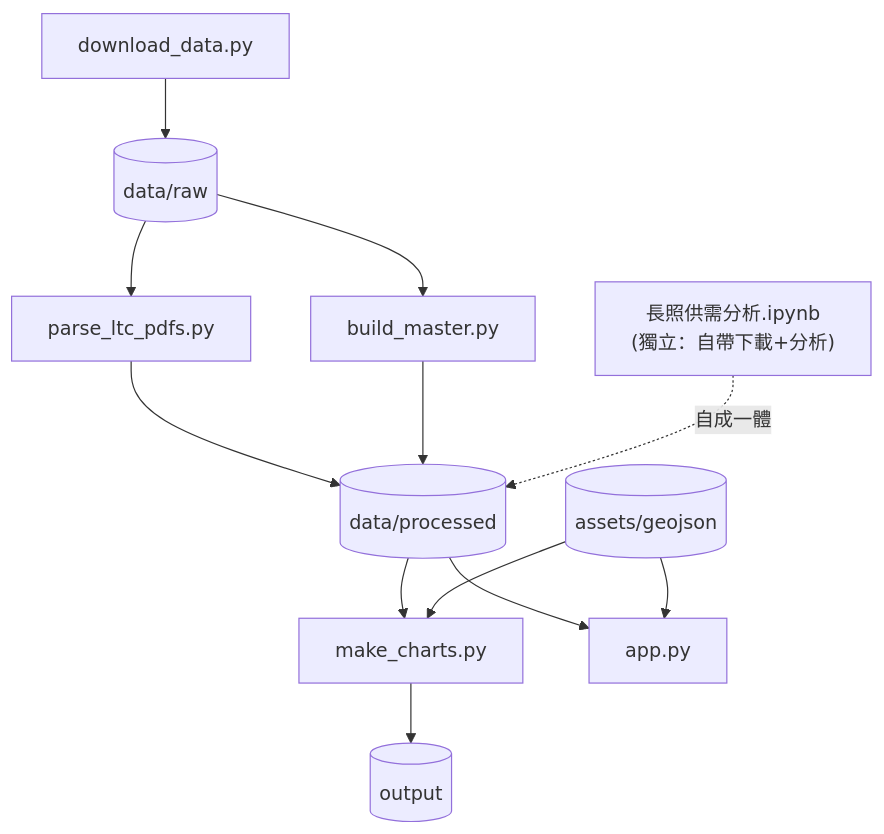
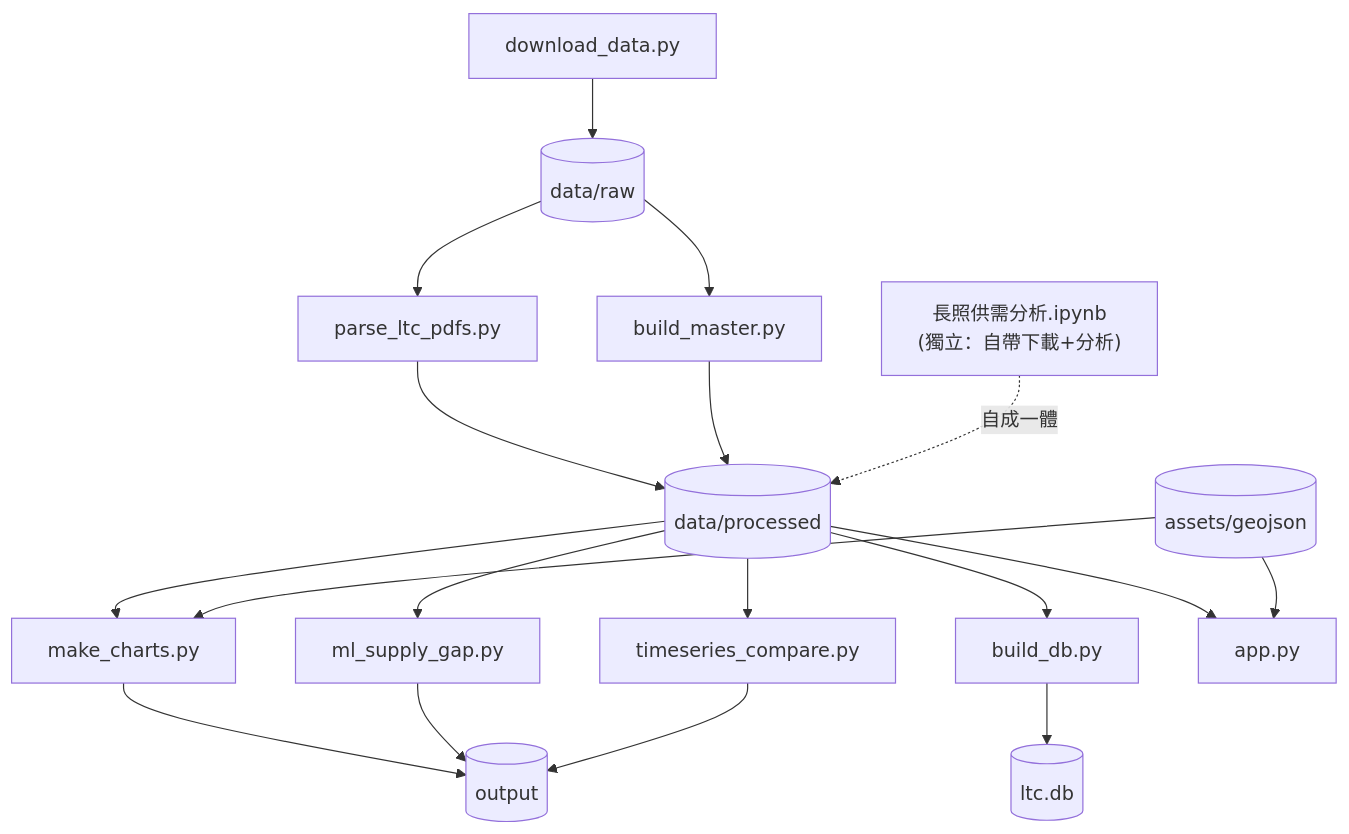
Before and after one commit to Yao-JX/ltc-dashboard: the fourth of 4 diagrams in ARCHITECTURE.md, drawn with Mermaid. The commit also changed other lines of this file and 19 other files, not shown here.

````diff
--- a/ARCHITECTURE.md
+++ b/ARCHITECTURE.md
@@ -145,13 +150,16 @@
 ```mermaid
 flowchart TD
     DD["download_data.py"] --> RAW[(data/raw)]
     RAW --> PP["parse_ltc_pdfs.py"]
     RAW --> BM["build_master.py"]
     PP --> PROC[(data/processed)]
     BM --> PROC
     PROC --> MC["make_charts.py"] --> OUT[(output)]
+    PROC --> MLs["ml_supply_gap.py"] --> OUT
+    PROC --> TSs["timeseries_compare.py"] --> OUT
+    PROC --> DBs["build_db.py"] --> DBF[(ltc.db)]
     PROC --> APP["app.py"]
     ASSET[(assets/geojson)] --> MC
     ASSET --> APP
     NB["長照供需分析.ipynb<br/>(獨立：自帶下載+分析)"] -.自成一體.-> PROC
 ```
````
